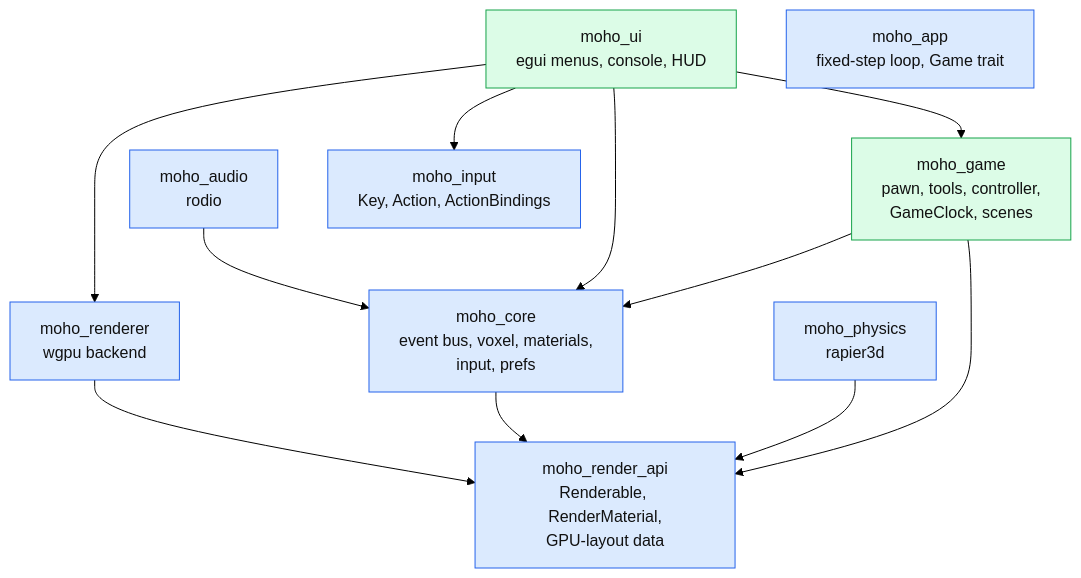
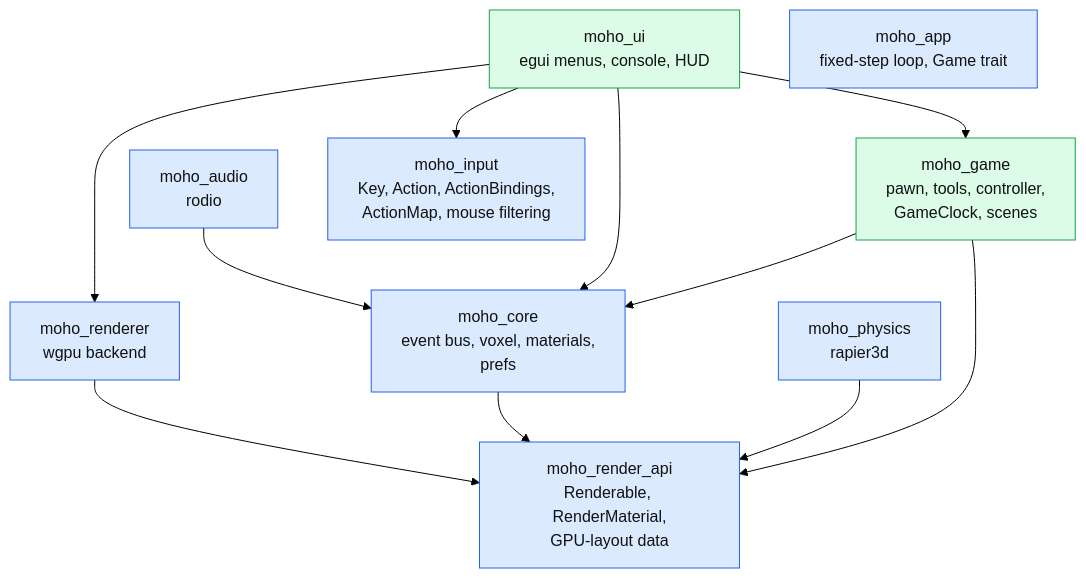
The first of 3 diagrams in wiki/architecture/overview.md (WrackedFella/moho), drawn with Mermaid (forest theme) before and after one commit. The commit also changed other lines of this file and 22 other files, not shown here.

````diff
--- a/wiki/architecture/overview.md
+++ b/wiki/architecture/overview.md
@@ -17,23 +17,23 @@
 ```mermaid
 flowchart TD
     ui["moho_ui<br/>egui menus, console, HUD"]:::strategy
     game["moho_game<br/>pawn, tools, controller,<br/>GameClock, scenes"]:::strategy
 
     renderer["moho_renderer<br/>wgpu backend"]:::engine
     rapi["moho_render_api<br/>Renderable, RenderMaterial,<br/>GPU-layout data"]:::engine
-    core["moho_core<br/>event bus, voxel, materials,<br/>input, prefs"]:::engine
+    core["moho_core<br/>event bus, voxel, materials,<br/>prefs"]:::engine
     audio["moho_audio<br/>rodio"]:::engine
     physics["moho_physics<br/>rapier3d"]:::engine
-    input["moho_input<br/>Key, Action, ActionBindings"]:::engine
+    input["moho_input<br/>Key, Action, ActionBindings,<br/>ActionMap, mouse filtering"]:::engine
     app["moho_app<br/>fixed-step loop, Game trait"]:::engine
 
     ui --> renderer & input & core & game
     game --> core & rapi
     renderer --> rapi
     audio --> core
     physics --> rapi
     core --> rapi
 
     classDef engine fill:#dbeafe,stroke:#2563eb,color:#111
     classDef strategy fill:#dcfce7,stroke:#16a34a,color:#111
 ```
````
